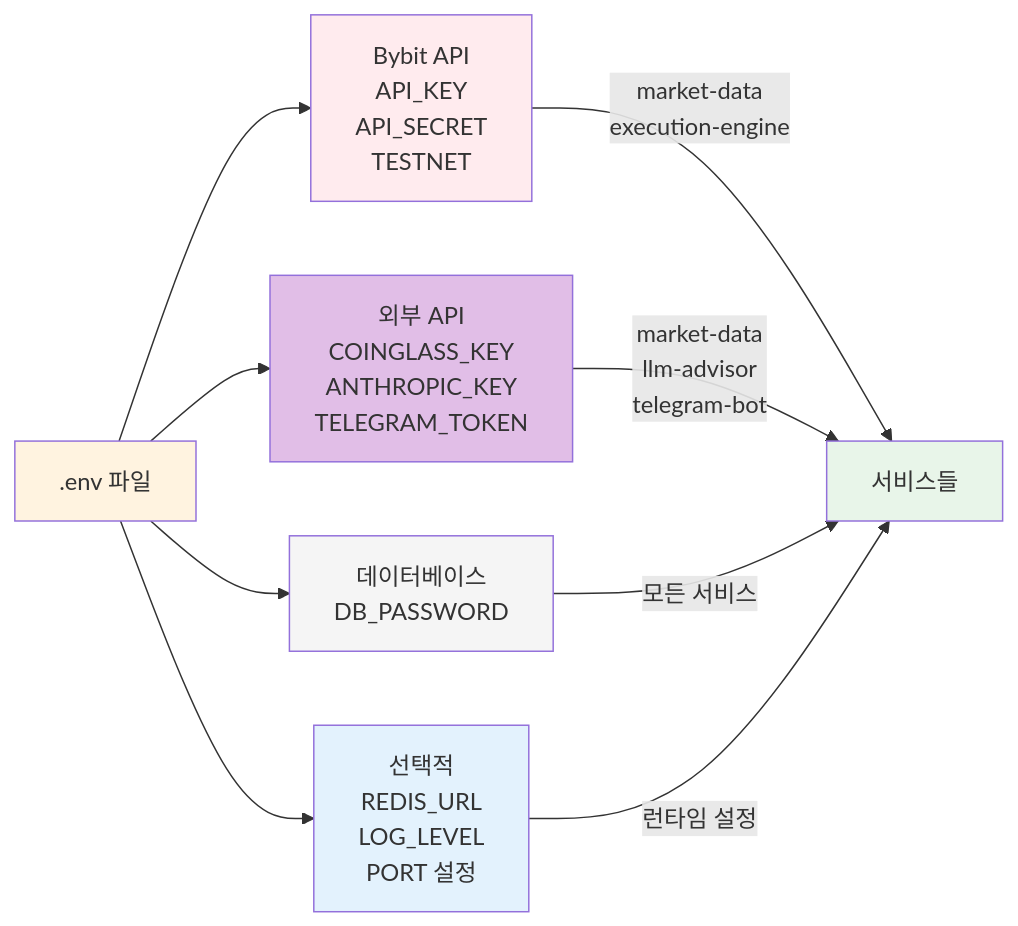
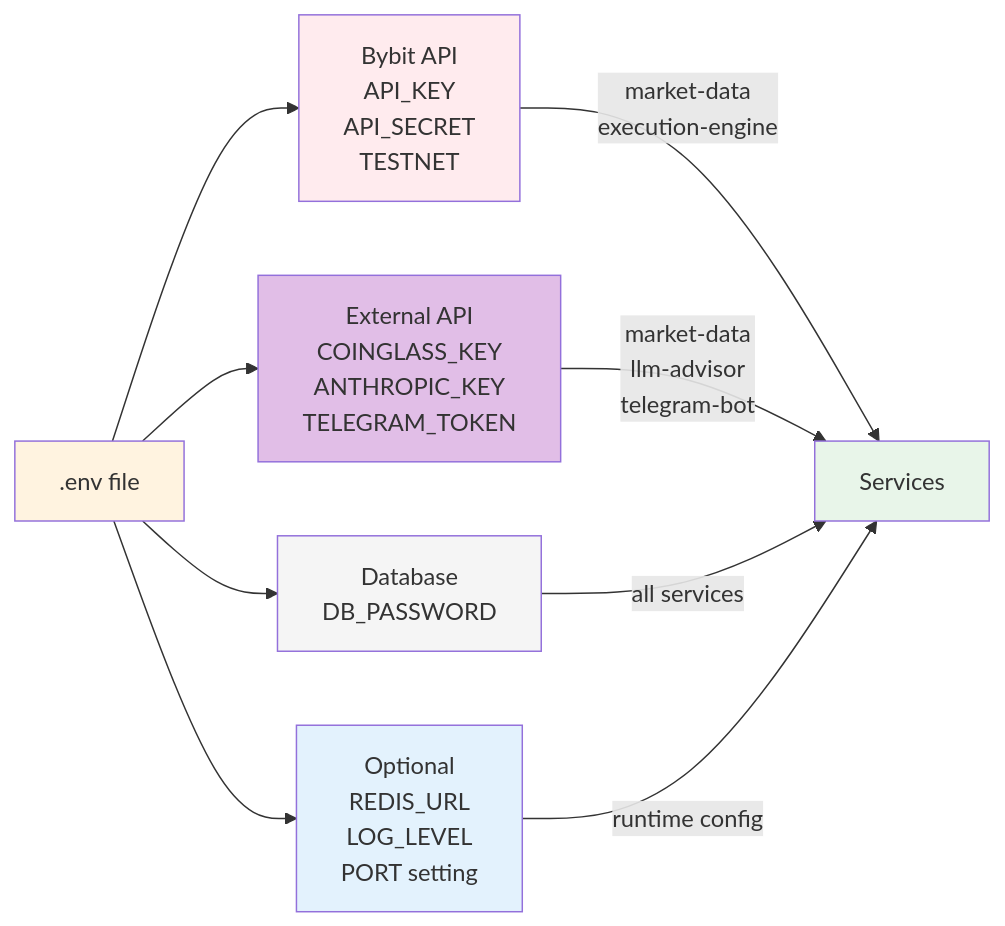
One commit to Justant-source/Bit-Mania changed the second of 4 diagrams in cryptoengine/docs/architecture/deployment.md. Above: the diagram before and after it, drawn with Mermaid. The commit also changed other lines of this file and 25 other files, not shown here.

First line of the commit message:
fix(docs): repair Mermaid diagrams for GitHub rendering (30 files)

````diff
--- a/cryptoengine/docs/architecture/deployment.md
+++ b/cryptoengine/docs/architecture/deployment.md
@@ -201,19 +201,19 @@
 ```mermaid
 graph LR
-    env[".env 파일"] --> bybit["Bybit API<br/>API_KEY<br/>API_SECRET<br/>TESTNET"]
-    env --> external["외부 API<br/>COINGLASS_KEY<br/>ANTHROPIC_KEY<br/>TELEGRAM_TOKEN"]
-    env --> db["데이터베이스<br/>DB_PASSWORD"]
-    env --> optional["선택적<br/>REDIS_URL<br/>LOG_LEVEL<br/>PORT 설정"]
+    env[".env file"] --> bybit["Bybit API<br/>API_KEY<br/>API_SECRET<br/>TESTNET"]
+    env --> external["External API<br/>COINGLASS_KEY<br/>ANTHROPIC_KEY<br/>TELEGRAM_TOKEN"]
+    env --> db["Database<br/>DB_PASSWORD"]
+    env --> optional["Optional<br/>REDIS_URL<br/>LOG_LEVEL<br/>PORT setting"]
     
-    bybit -->|"market-data<br/>execution-engine"| services["서비스들"]
+    bybit -->|"market-data<br/>execution-engine"| services["Services"]
     external -->|"market-data<br/>llm-advisor<br/>telegram-bot"| services
-    db -->|"모든 서비스"| services
-    optional -->|"런타임 설정"| services
+    db -->|"all services"| services
+    optional -->|"runtime config"| services
     
     style env fill:#FFF3E0
     style bybit fill:#FFEBEE
     style external fill:#E1BEE7
     style db fill:#F5F5F5
     style optional fill:#E3F2FD
     style services fill:#E8F5E9
 ```
````
